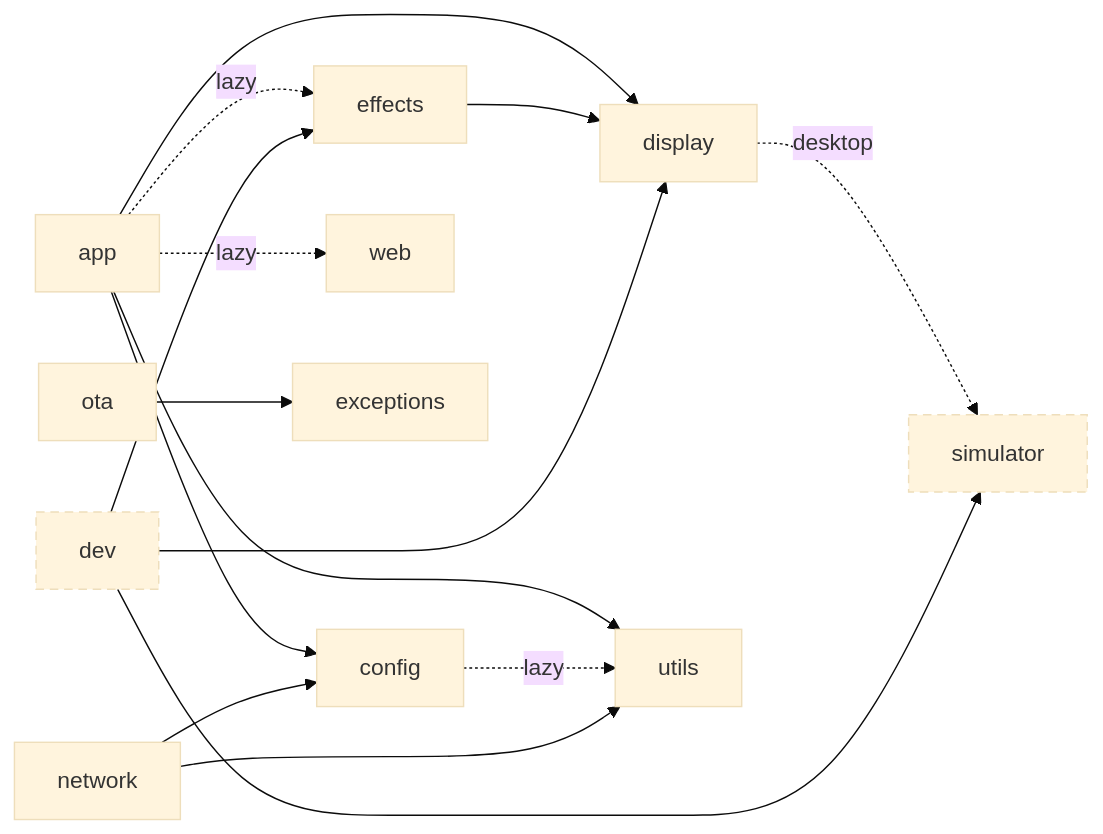
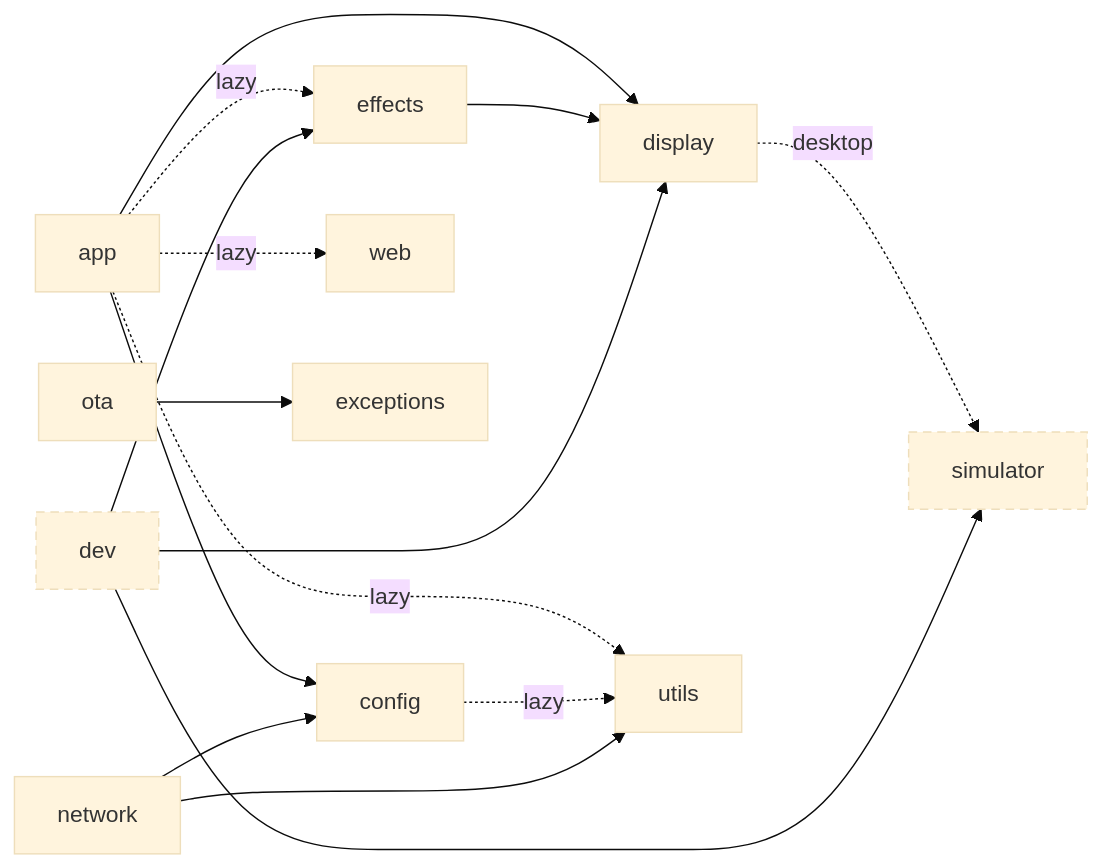
Before and after one commit to czei/scrollkit: the second of 2 diagrams in README.md, drawn with Mermaid (base theme). The commit also changed other lines of this file and 16 other files, not shown here.

````diff
--- a/README.md
+++ b/README.md
@@ -63,19 +63,19 @@
 ```mermaid
 flowchart LR
     app["app"] --> display["display"]
     app --> config["config"]
-    app --> utils["utils"]
+    app -.->|lazy| utils["utils"]
     app -.->|lazy| effects["effects"]
     app -.->|lazy| web["web"]
     effects --> display
     display -.->|desktop| simulator["simulator"]
     config -.->|lazy| utils
     network["network"] --> config
     network --> utils
     ota["ota"] --> exceptions["exceptions"]
     dev["dev"] --> display
     dev --> effects
     dev --> simulator
     classDef desktop stroke-dasharray:6 4;
     class dev,simulator desktop;
 ```
````
